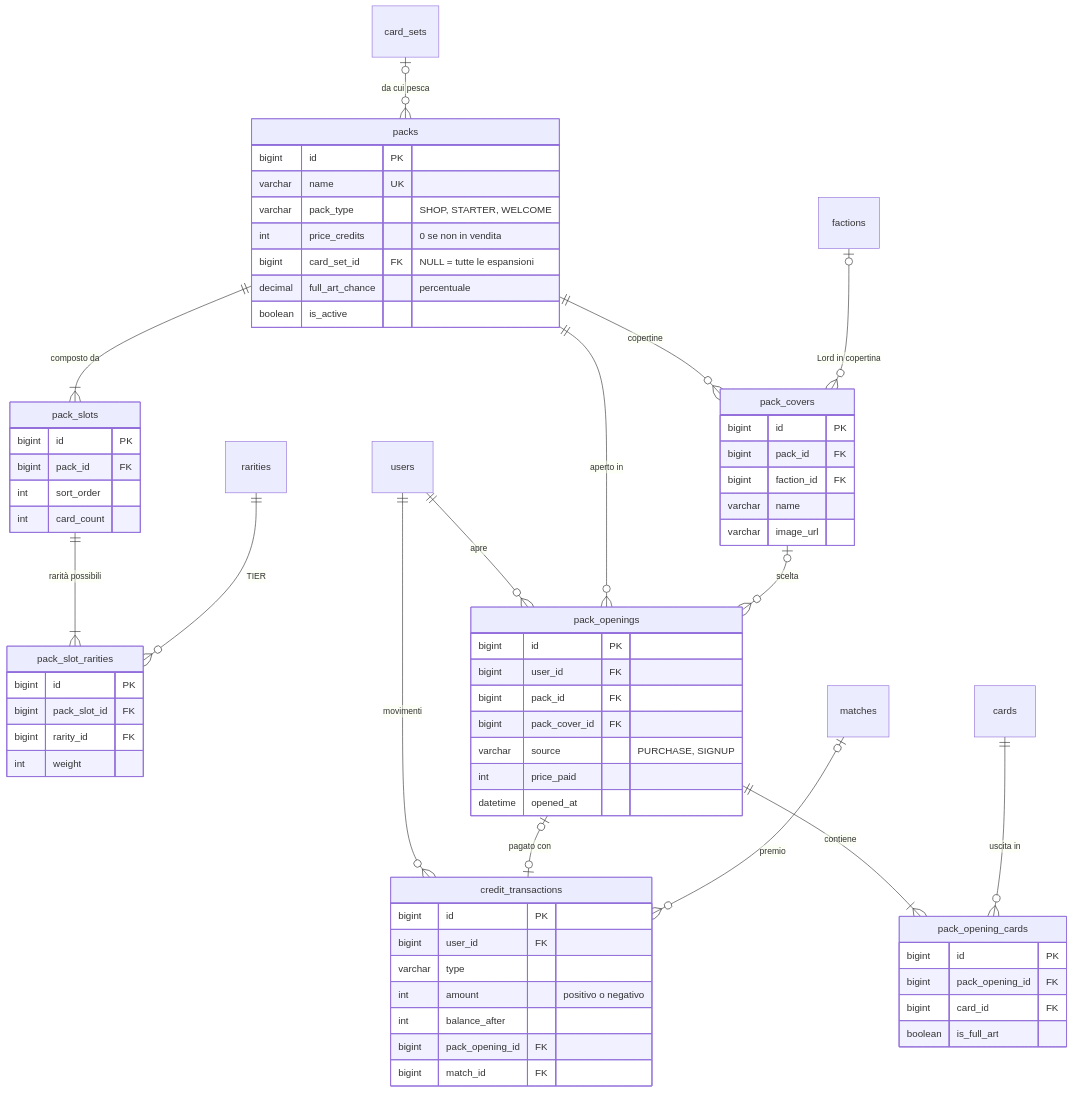
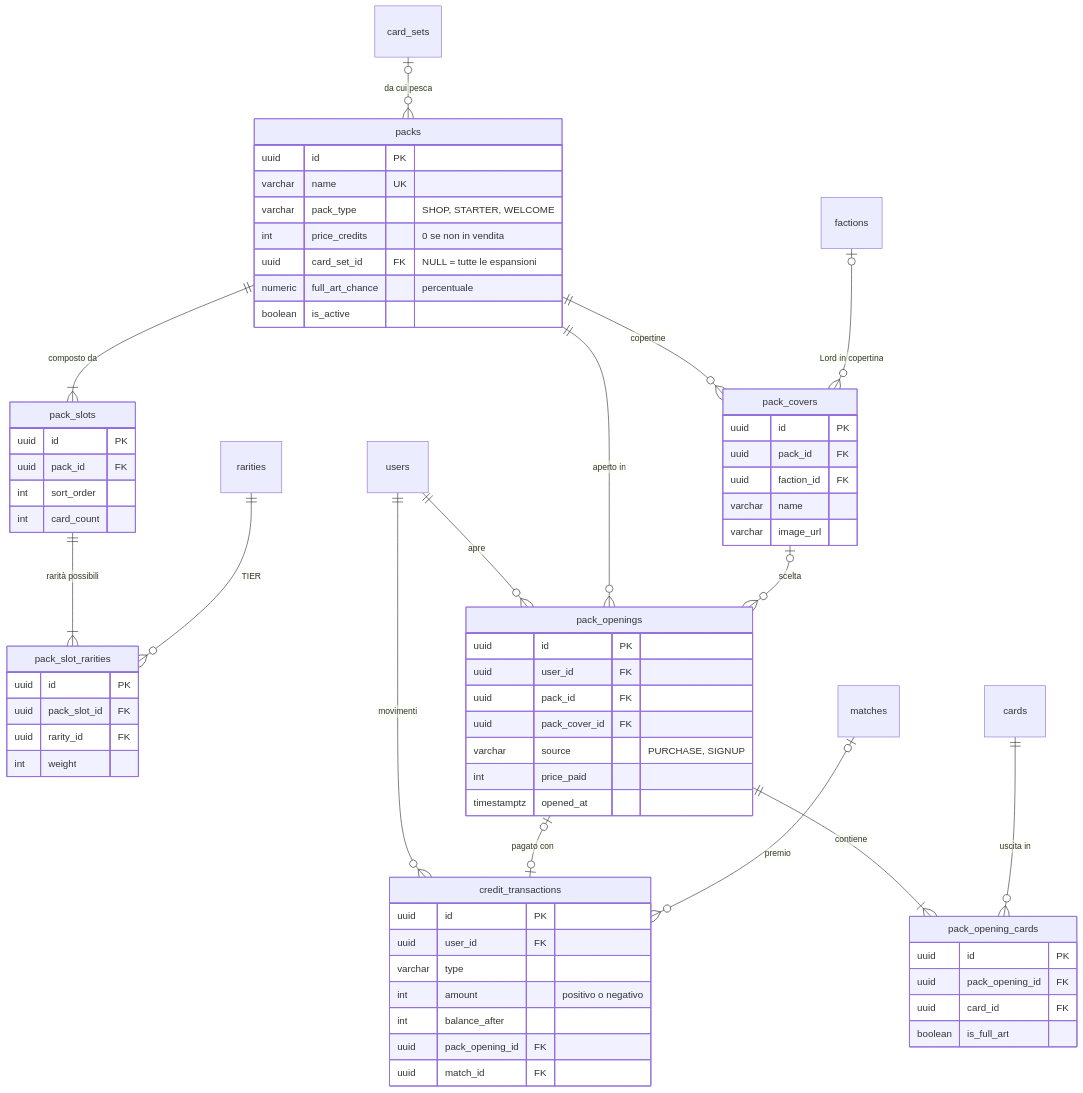
The second of 4 diagrams in docs/database/schema.md (cristianpappalardoITS/LaboratorioIntegrato-Divine), drawn with Mermaid before and after one commit. The commit also changed other lines of this file and 1 other file, not shown here.

Commit message:
docs(database): passa a PostgreSQL con UUID, lista amici e Base con effetti

````diff
--- a/docs/database/schema.md
+++ b/docs/database/schema.md
@@ -181,70 +184,70 @@
 ```mermaid
 erDiagram
     packs ||--|{ pack_slots : "composto da"
     pack_slots ||--|{ pack_slot_rarities : "rarità possibili"
     rarities ||--o{ pack_slot_rarities : "TIER"
     packs ||--o{ pack_covers : "copertine"
     factions |o--o{ pack_covers : "Lord in copertina"
     card_sets |o--o{ packs : "da cui pesca"
     users ||--o{ pack_openings : "apre"
     packs ||--o{ pack_openings : "aperto in"
     pack_covers |o--o{ pack_openings : "scelta"
     pack_openings ||--|{ pack_opening_cards : "contiene"
     cards ||--o{ pack_opening_cards : "uscita in"
     users ||--o{ credit_transactions : "movimenti"
     pack_openings |o--o| credit_transactions : "pagato con"
     matches |o--o{ credit_transactions : "premio"
 
     packs {
-        bigint id PK
+        uuid id PK
         varchar name UK
         varchar pack_type "SHOP, STARTER, WELCOME"
         int price_credits "0 se non in vendita"
-        bigint card_set_id FK "NULL = tutte le espansioni"
-        decimal full_art_chance "percentuale"
+        uuid card_set_id FK "NULL = tutte le espansioni"
+        numeric full_art_chance "percentuale"
         boolean is_active
     }
     pack_covers {
-        bigint id PK
-        bigint pack_id FK
-        bigint faction_id FK
+        uuid id PK
+        uuid pack_id FK
+        uuid faction_id FK
         varchar name
         varchar image_url
     }
     pack_slots {
-        bigint id PK
-        bigint pack_id FK
+        uuid id PK
+        uuid pack_id FK
         int sort_order
         int card_count
     }
     pack_slot_rarities {
-        bigint id PK
-        bigint pack_slot_id FK
-        bigint rarity_id FK
+        uuid id PK
+        uuid pack_slot_id FK
+        uuid rarity_id FK
         int weight
     }
     pack_openings {
-        bigint id PK
-        bigint user_id FK
-        bigint pack_id FK
-        bigint pack_cover_id FK
+        uuid id PK
+        uuid user_id FK
+        uuid pack_id FK
+        uuid pack_cover_id FK
         varchar source "PURCHASE, SIGNUP"
         int price_paid
-        datetime opened_at
+        timestamptz opened_at
     }
     pack_opening_cards {
-        bigint id PK
-        bigint pack_opening_id FK
-        bigint card_id FK
+        uuid id PK
+        uuid pack_opening_id FK
+        uuid card_id FK
         boolean is_full_art
     }
     credit_transactions {
-        bigint id PK
-        bigint user_id FK
+        uuid id PK
+        uuid user_id FK
         varchar type
         int amount "positivo o negativo"
         int balance_after
-        bigint pack_opening_id FK
-        bigint match_id FK
+        uuid pack_opening_id FK
+        uuid match_id FK
     }
 ```
````
